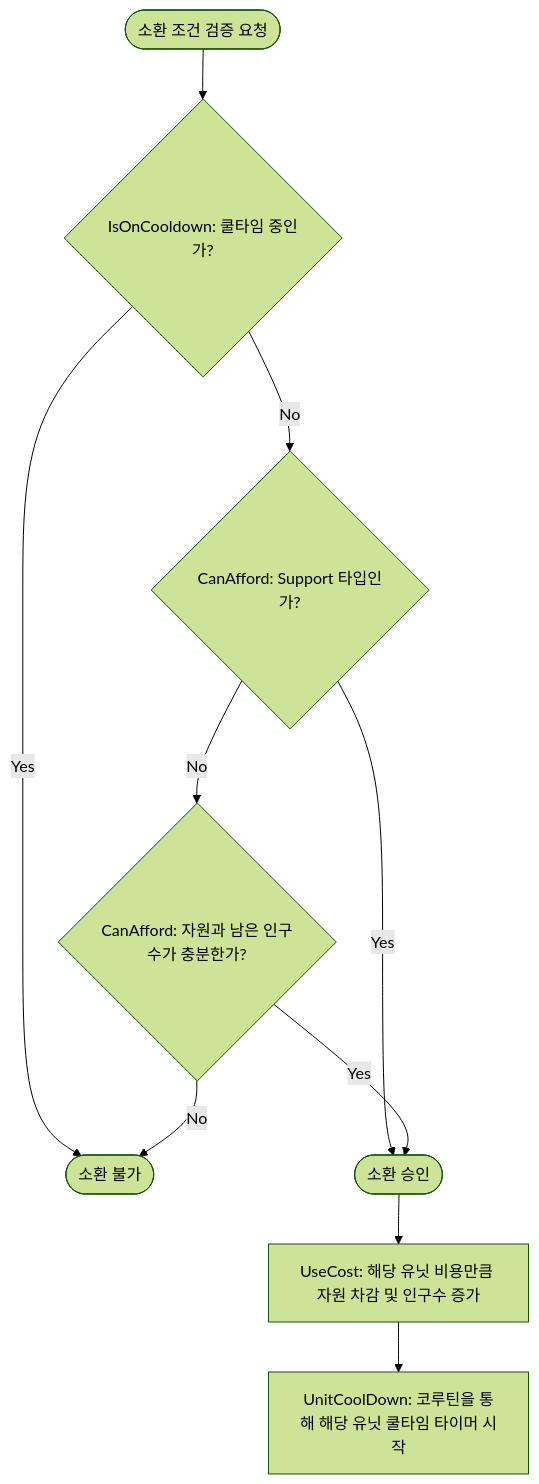
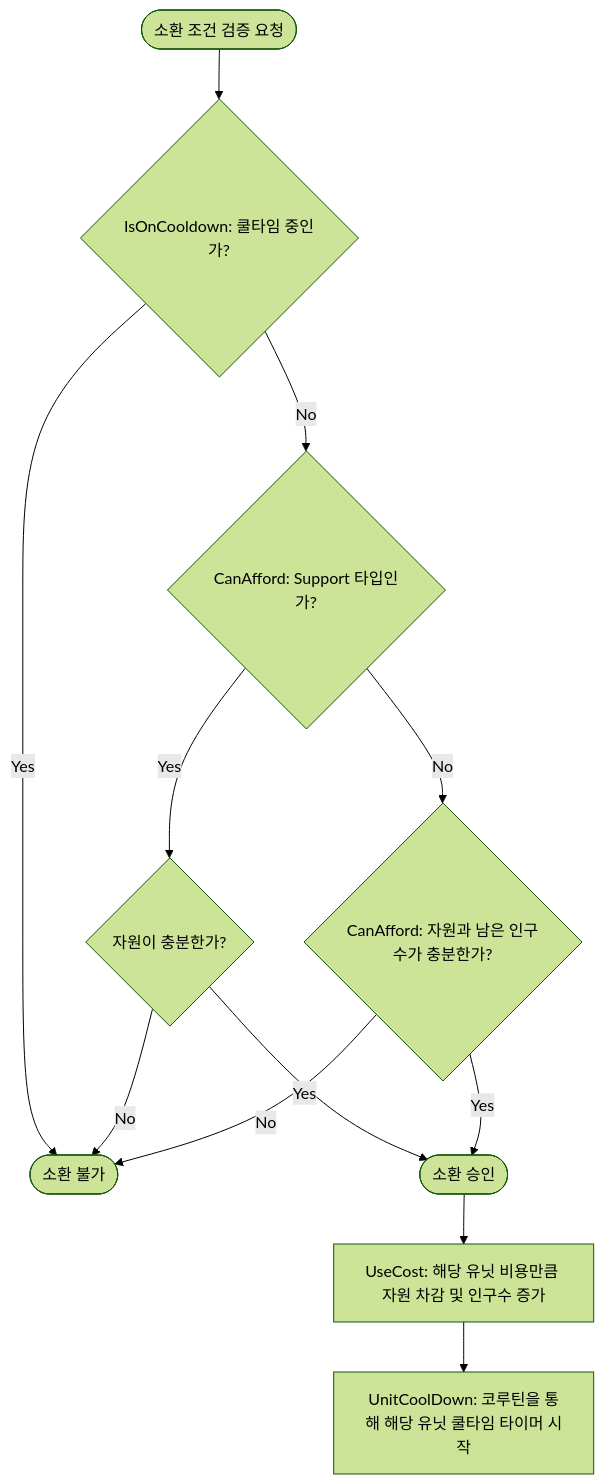
One commit to Gryphon34/portfolio-template changed diagram 11 of 11 in src/3-strategy-defense/기술문서.md. Above: the diagram before and after it, drawn with Mermaid (forest theme). The commit also changed other lines of this file, not shown here.

````diff
--- a/src/3-strategy-defense/기술문서.md
+++ b/src/3-strategy-defense/기술문서.md
@@ -622,17 +711,19 @@
 ```mermaid
 flowchart TD
     Req([소환 조건 검증 요청]) --> CheckCD{IsOnCooldown: 쿨타임 중인가?}
     
     CheckCD -->|Yes| Reject([소환 불가])
     CheckCD -->|No| CheckSup{CanAfford: Support 타입인가?}
     
-    CheckSup -->|Yes| Pass([소환 승인])
+    CheckSup -->|Yes| CheckSupCost{자원이 충분한가?}
     CheckSup -->|No| CheckCost{CanAfford: 자원과 남은 인구수가 충분한가?}
     
+    CheckSupCost -->|No| Reject
+    CheckSupCost -->|Yes| Pass([소환 승인])
     CheckCost -->|No| Reject
     CheckCost -->|Yes| Pass
     
     Pass --> UseCost[UseCost: 해당 유닛 비용만큼 자원 차감 및 인구수 증가]
     UseCost --> StartCD[UnitCoolDown: 코루틴을 통해 해당 유닛 쿨타임 타이머 시작]
 
 ```
````
